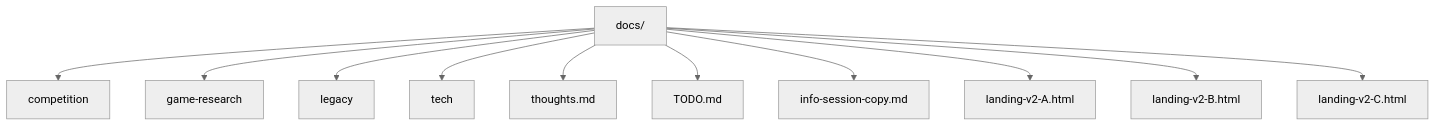
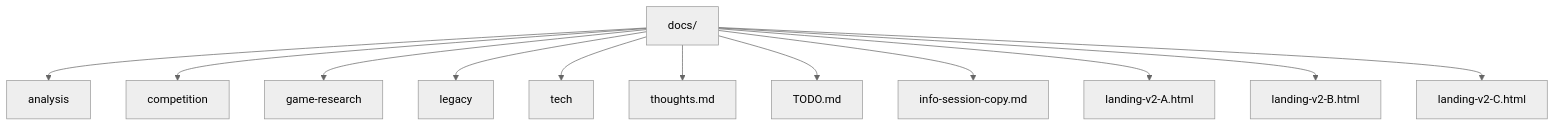
Before and after one commit to paideia-ai/axiia-cup: the diagram in docs/index.md, drawn with Mermaid (neutral theme). The commit also changed other lines of this file and 5 other files, not shown here.

````diff
--- a/docs/index.md
+++ b/docs/index.md
@@ -22,14 +23,15 @@
 ```mermaid
 graph TD
     docs["docs/"]
+    docs --> analysis
     docs --> competition
     docs --> game-research
     docs --> legacy
     docs --> tech
     docs --> thoughts["thoughts.md"]
     docs --> todo["TODO.md"]
     docs --> infosession["info-session-copy.md"]
     docs --> landingA["landing-v2-A.html"]
     docs --> landingB["landing-v2-B.html"]
     docs --> landingC["landing-v2-C.html"]
 ```
````
